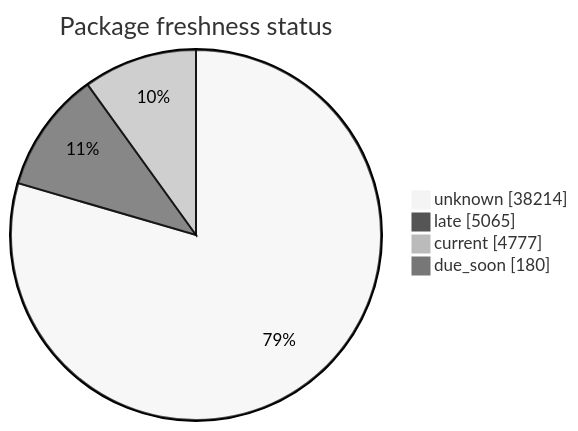
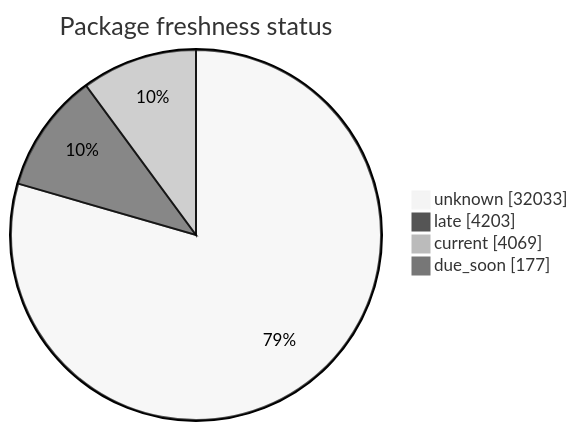
The second of 5 diagrams in FreshCheck/README.md (open-data/analytics-corporate-reporting), drawn with Mermaid (neutral theme) before and after one commit. The commit also changed other lines of this file and 3 other files, not shown here.

````diff
--- a/FreshCheck/README.md
+++ b/FreshCheck/README.md
@@ -68,7 +68,7 @@
 ```mermaid
 pie showData title Package freshness status
-    "unknown": 38214
-    "late": 5065
-    "current": 4777
-    "due_soon": 180
+    "unknown": 32033
+    "late": 4203
+    "current": 4069
+    "due_soon": 177
 ```
````
